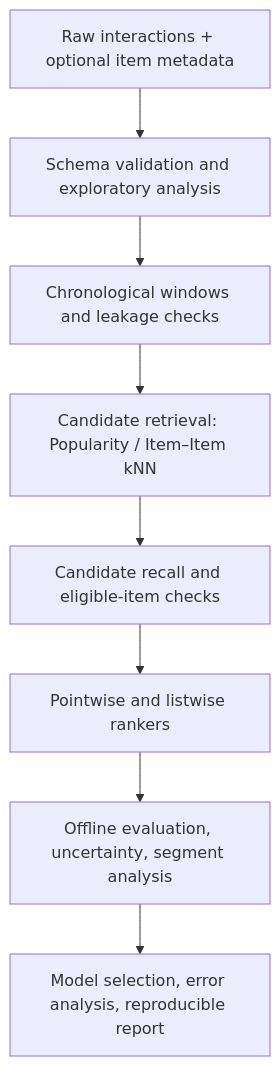
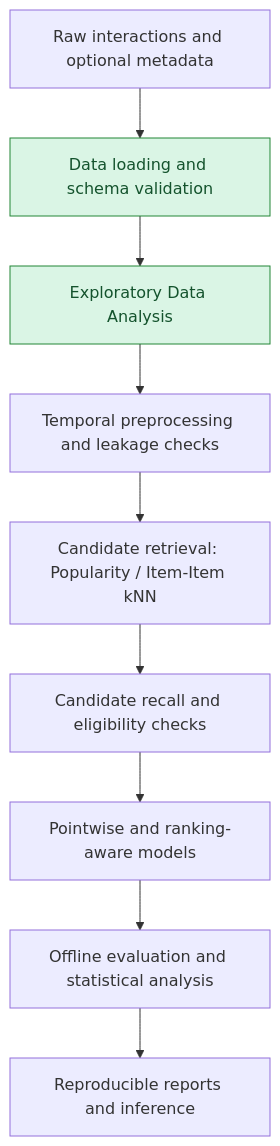
Before and after one commit to jvalverr/recsys-ranking-benchmark: the diagram in README.md, drawn with Mermaid. The commit also changed other lines of this file and 24 other files, not shown here.

Commit message:
Step 2: Exploratory Data Analysis

````diff
--- a/README.md
+++ b/README.md
@@ -100,10 +146,14 @@
 ```mermaid
 flowchart TD
-    A["Raw interactions + optional item metadata"] --> B["Schema validation and exploratory analysis"]
-    B --> C["Chronological windows and leakage checks"]
-    C --> D["Candidate retrieval: Popularity / Item–Item kNN"]
-    D --> E["Candidate recall and eligible-item checks"]
-    E --> F["Pointwise and listwise rankers"]
-    F --> G["Offline evaluation, uncertainty, segment analysis"]
-    G --> H["Model selection, error analysis, reproducible report"]
+    A["Raw interactions and optional metadata"] --> B["Data loading and schema validation"]
+    B --> C["Exploratory Data Analysis"]
+    C --> D["Temporal preprocessing and leakage checks"]
+    D --> E["Candidate retrieval: Popularity / Item-Item kNN"]
+    E --> F["Candidate recall and eligibility checks"]
+    F --> G["Pointwise and ranking-aware models"]
+    G --> H["Offline evaluation and statistical analysis"]
+    H --> I["Reproducible reports and inference"]
+
+    classDef complete fill:#daf5e5,stroke:#238636,color:#14532d
+    class B,C complete
 ```
````
